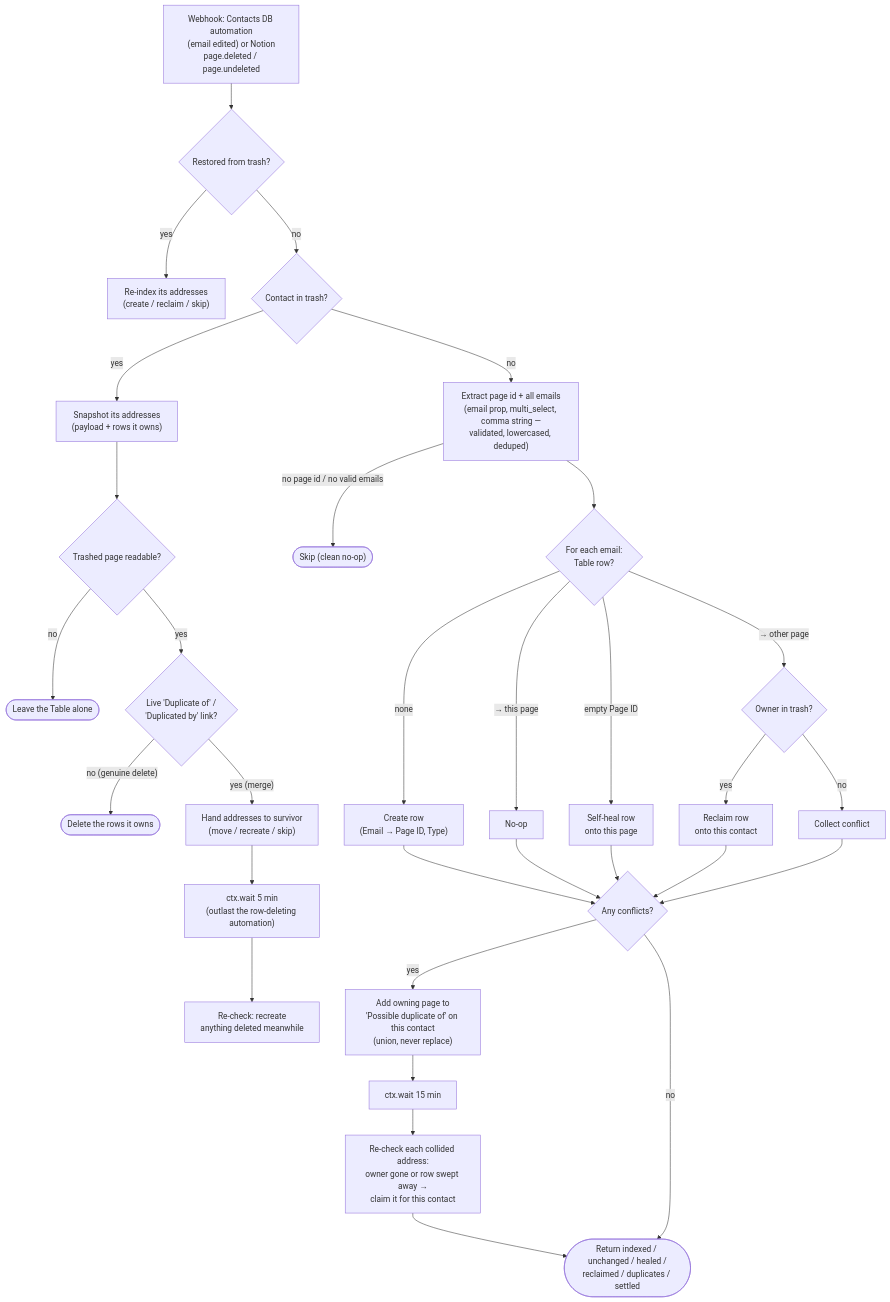
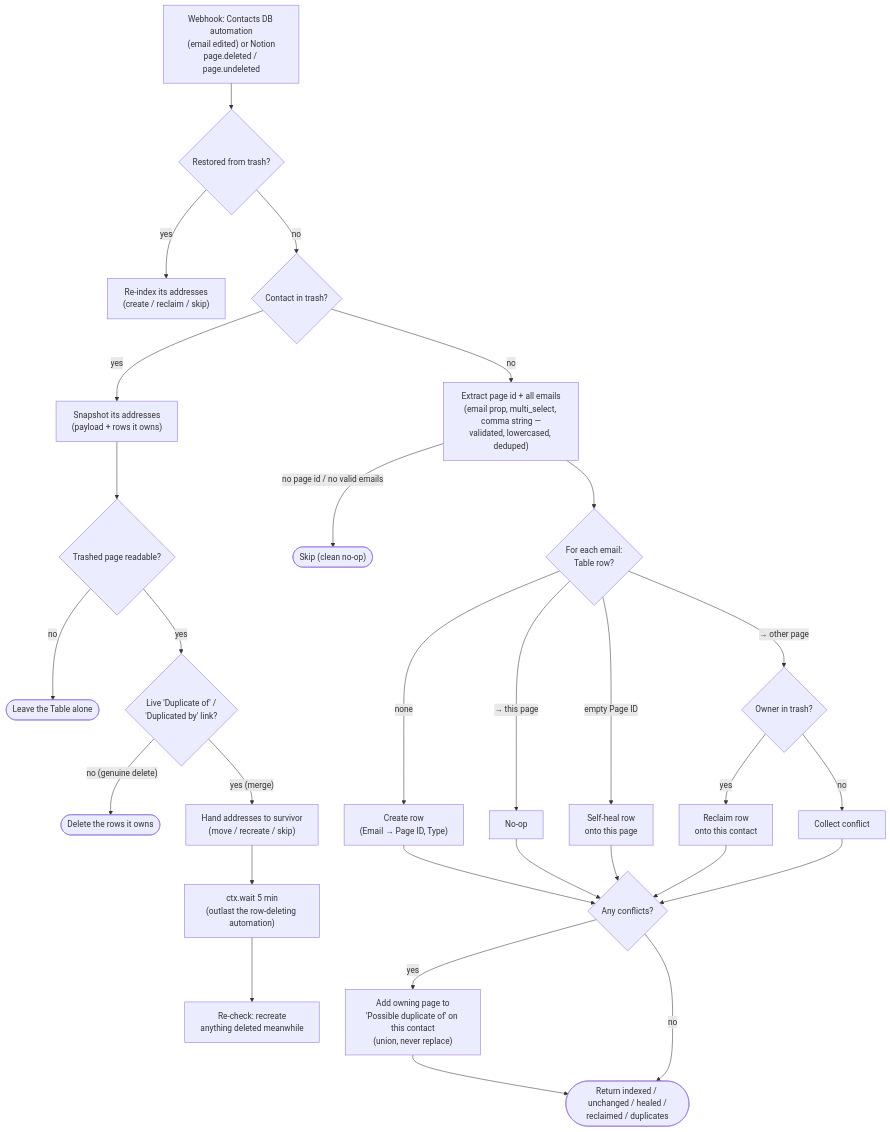
The diagram in contact-emails-to-zapier-table/README.md (work-flowers/zapier-sdk), drawn with Mermaid before and after one commit. The commit also changed other lines of this file and 7 other files, not shown here.

````diff
--- a/contact-emails-to-zapier-table/README.md
+++ b/contact-emails-to-zapier-table/README.md
@@ -59,33 +59,31 @@
 ```mermaid
 flowchart TD
     A["Webhook: Contacts DB automation<br/>(email edited) or Notion<br/>page.deleted / page.undeleted"] --> U{"Restored from trash?"}
     U -- yes --> RS["Re-index its addresses<br/>(create / reclaim / skip)"]
     U -- no --> T{"Contact in trash?"}
     T -- yes --> M1["Snapshot its addresses<br/>(payload + rows it owns)"]
     M1 --> M2{"Trashed page readable?"}
     M2 -- no --> MS(["Leave the Table alone"])
     M2 -- yes --> M2b{"Live 'Duplicate of' /<br/>'Duplicated by' link?"}
     M2b -- "no (genuine delete)" --> MD(["Delete the rows it owns"])
     M2b -- "yes (merge)" --> M3["Hand addresses to survivor<br/>(move / recreate / skip)"]
     M3 --> M4["ctx.wait 5 min<br/>(outlast the row-deleting automation)"]
     M4 --> M5["Re-check: recreate<br/>anything deleted meanwhile"]
     T -- no --> B["Extract page id + all emails<br/>(email prop, multi_select, comma string —<br/>validated, lowercased, deduped)"]
     B -- "no page id / no valid emails" --> S(["Skip (clean no-op)"])
     B --> C{"For each email:<br/>Table row?"}
     C -- none --> D["Create row<br/>(Email → Page ID, Type)"]
     C -- "→ this page" --> E["No-op"]
     C -- "empty Page ID" --> F["Self-heal row<br/>onto this page"]
     C -- "→ other page" --> O{"Owner in trash?"}
     O -- yes --> R["Reclaim row<br/>onto this contact"]
     O -- no --> G["Collect conflict"]
     D --> H
     E --> H
     F --> H
     R --> H
     G --> H{"Any conflicts?"}
     H -- yes --> I["Add owning page to<br/>'Possible duplicate of' on this contact<br/>(union, never replace)"]
-    I --> K["ctx.wait 15 min"]
-    K --> L["Re-check each collided address:<br/>owner gone or row swept away →<br/>claim it for this contact"]
-    L --> J
-    H -- no --> J(["Return indexed / unchanged / healed /<br/>reclaimed / duplicates / settled"])
+    I --> J
+    H -- no --> J(["Return indexed / unchanged / healed /<br/>reclaimed / duplicates"])
 ```
````
